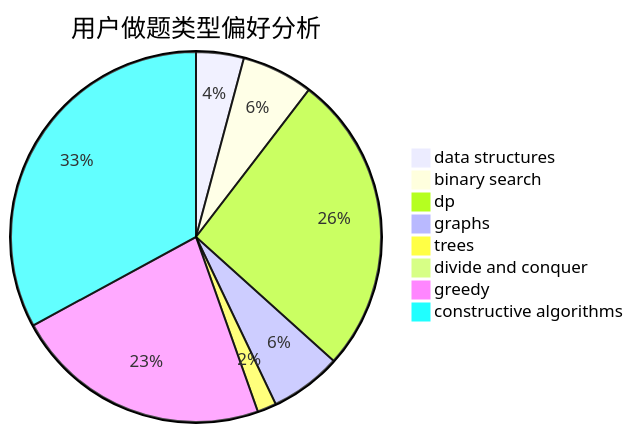
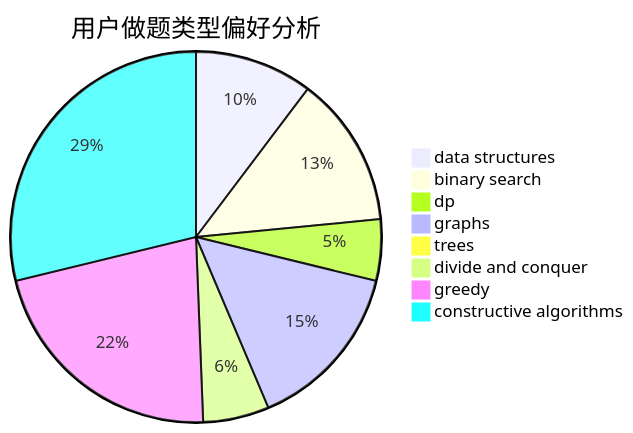
One commit to sherpahu/cfrs.github.io changed the second of 3 diagrams in docs/user/u49.md. Above: the diagram before and after it, drawn with Mermaid. The commit also changed other lines of this file and 2770 other files, not shown here.

````diff
--- a/docs/user/u49.md
+++ b/docs/user/u49.md
@@ -23,11 +23,11 @@
 ```mermaid
 pie title 用户做题类型偏好分析
-    "data structures" :  10
-    "binary search" :  15
-    "dp" :  63
-    "graphs" :  15
-    "trees" :  4
-    "divide and conquer" :  0
-    "greedy" :  54
-    "constructive algorithms" :  79
+    "data structures" :  25
+    "binary search" :  32
+    "dp" :  13
+    "graphs" :  36
+    "trees" :  1
+    "divide and conquer" :  14
+    "greedy" :  53
+    "constructive algorithms" :  70
 ```
````
